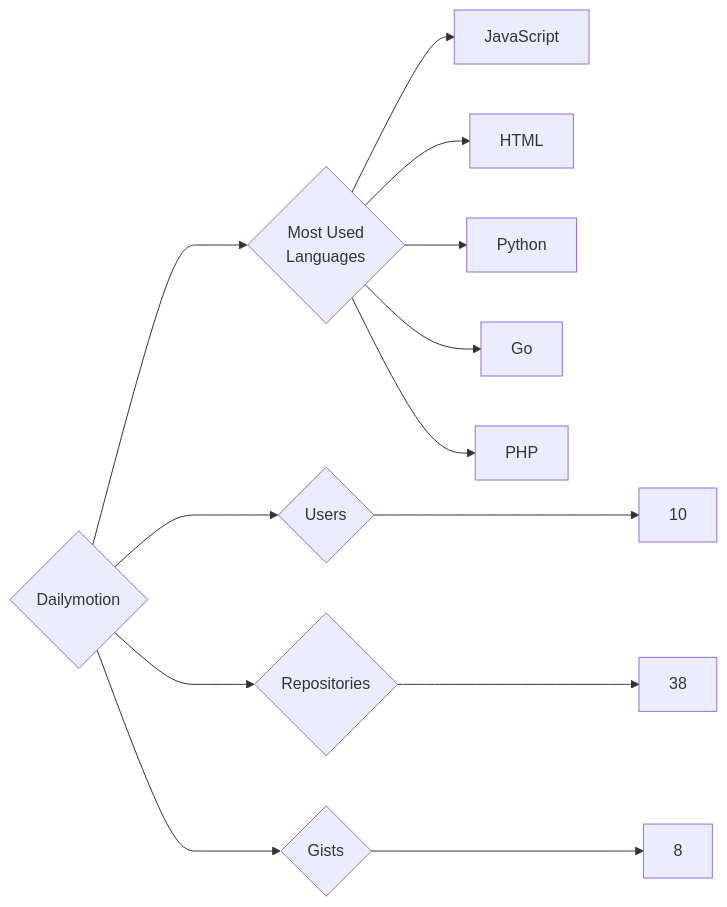
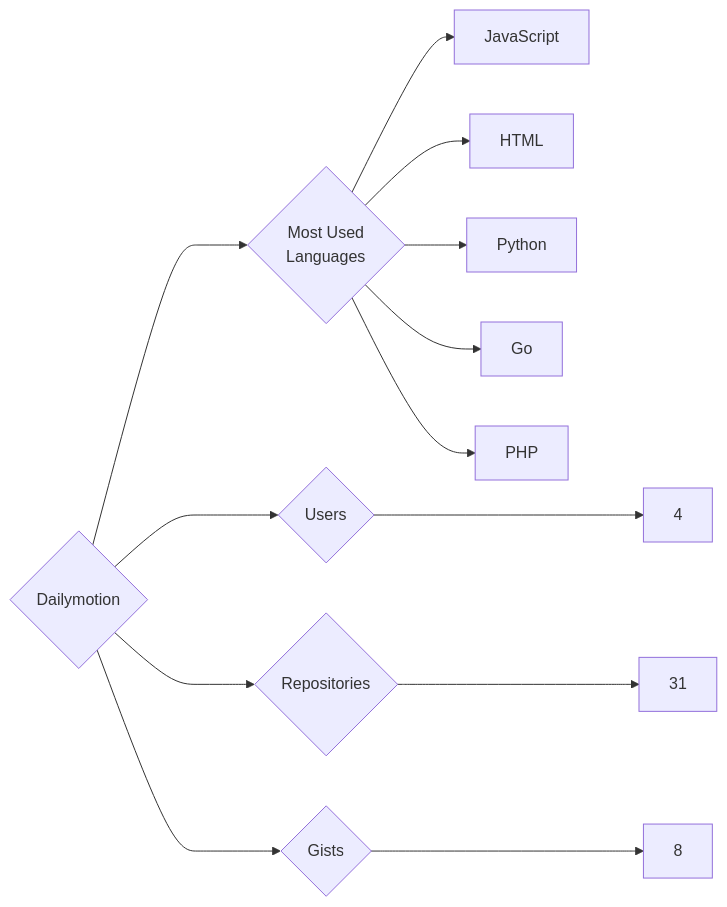
The diagram in targets/Dailymotion/README.md (trickest/insiders), drawn with Mermaid before and after one commit. The commit also changed 720 other files, not shown here.

````diff
--- a/targets/Dailymotion/README.md
+++ b/targets/Dailymotion/README.md
@@ -3,13 +3,13 @@
 ```mermaid
 graph LR
 COMPANY_NAME{Dailymotion}
-COMPANY_NAME ---> U{Users} ---> UN[10]
-COMPANY_NAME ---> R{Repositories} ---> RN[38]
+COMPANY_NAME ---> U{Users} ---> UN[4]
+COMPANY_NAME ---> R{Repositories} ---> RN[31]
 COMPANY_NAME ---> G{Gists} ---> GN[8]
 COMPANY_NAME ---> ML{Most Used<br>Languages}
 ML --> JavaScript[JavaScript]
 ML --> HTML[HTML]
 ML --> Python[Python]
 ML --> Go[Go]
 ML --> PHP[PHP]
 ```
````
